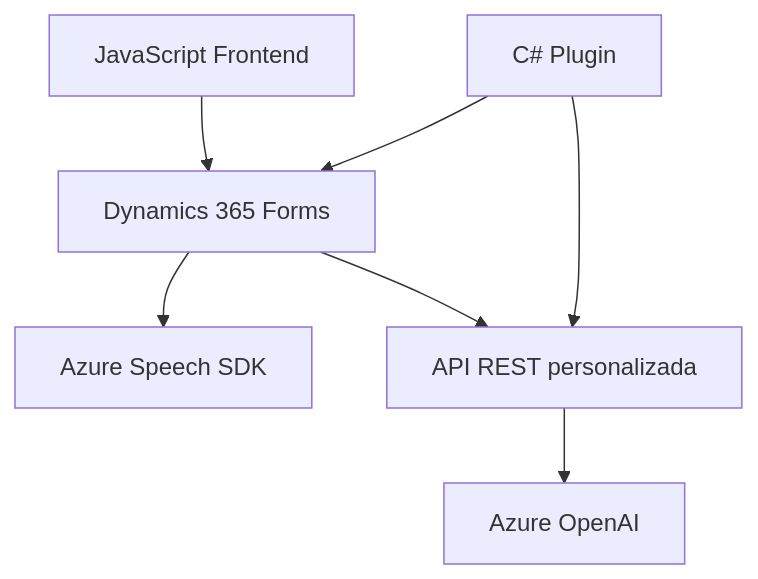
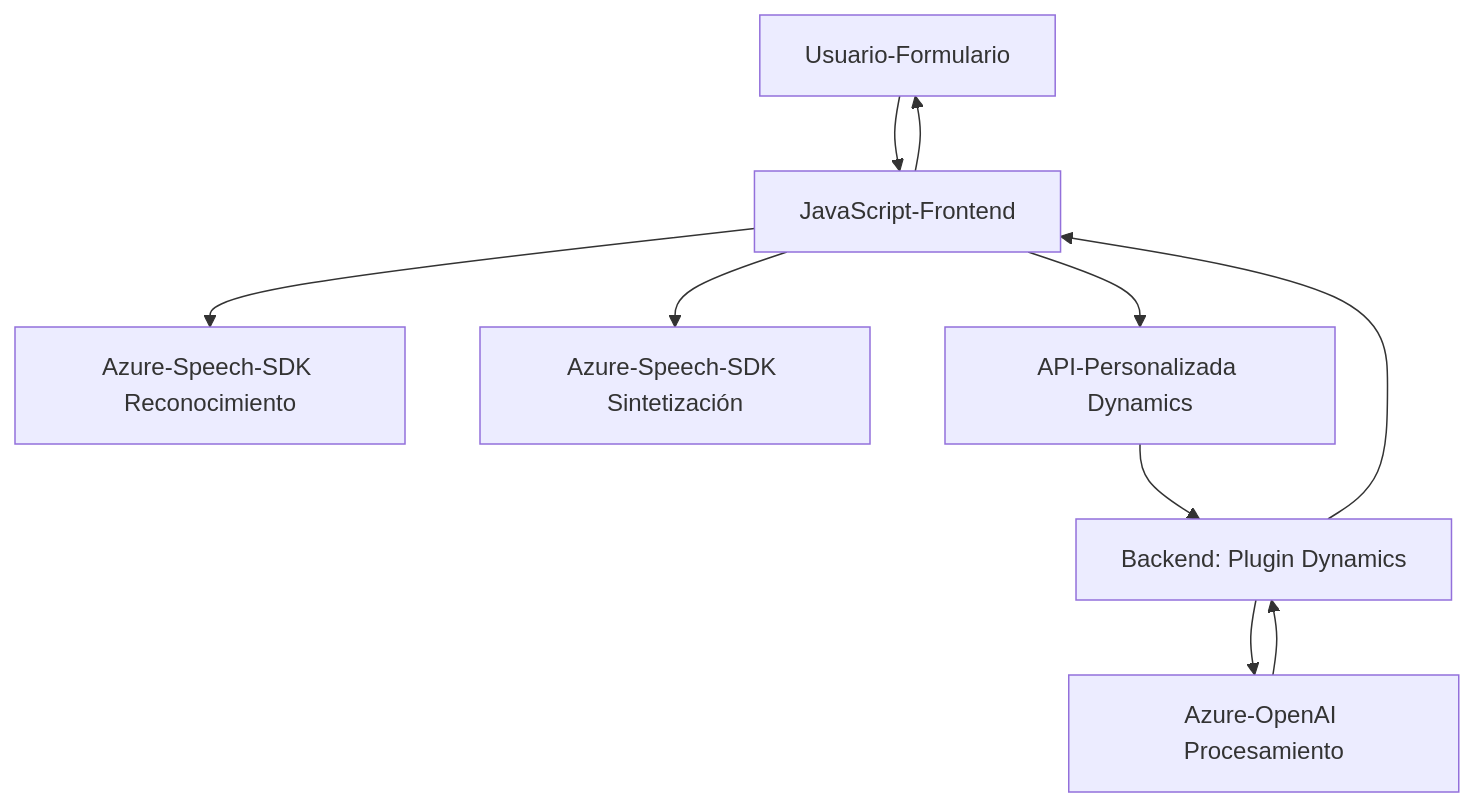
The diagram in README.md (blopezdm/NETCORE_BILBAO2025), drawn with Mermaid before and after one commit. The commit also changed other lines of this file, not shown here.

````diff
--- a/README.md
+++ b/README.md
@@ -47,9 +71,12 @@
 ```mermaid
 graph TD
-    A["JavaScript Frontend"] --> B["Dynamics 365 Forms"]
-    B --> C["Azure Speech SDK"]
-    B --> D["API REST personalizada"]
-    D --> E["Azure OpenAI"]
-    F["C# Plugin"] --> D
+    A["Usuario-Formulario"] --> B["JavaScript-Frontend"]
+    B --> C["Azure-Speech-SDK Reconocimiento"]
+    B --> D["Azure-Speech-SDK Sintetización"]
+    B --> E["API-Personalizada Dynamics"]
+    E --> F["Backend: Plugin Dynamics"]
+    F --> G["Azure-OpenAI Procesamiento"]
+    G --> F
     F --> B
+    B --> A
 ```
````
